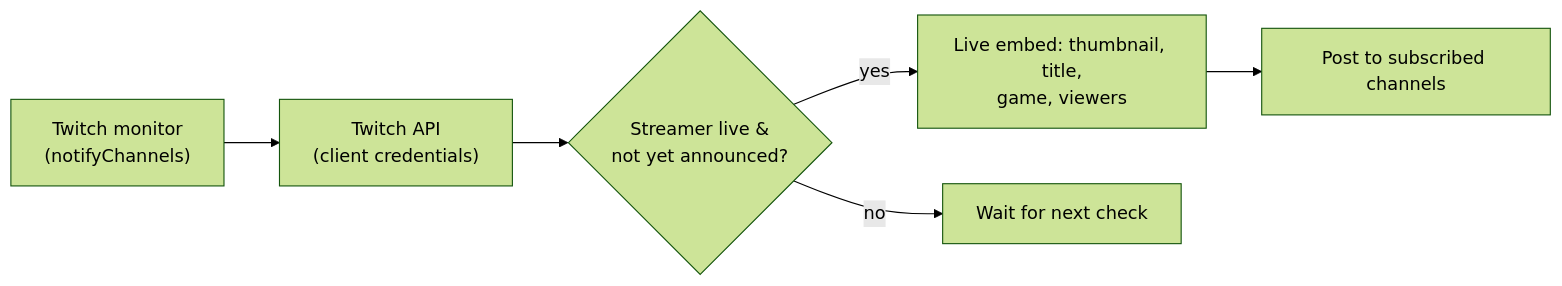
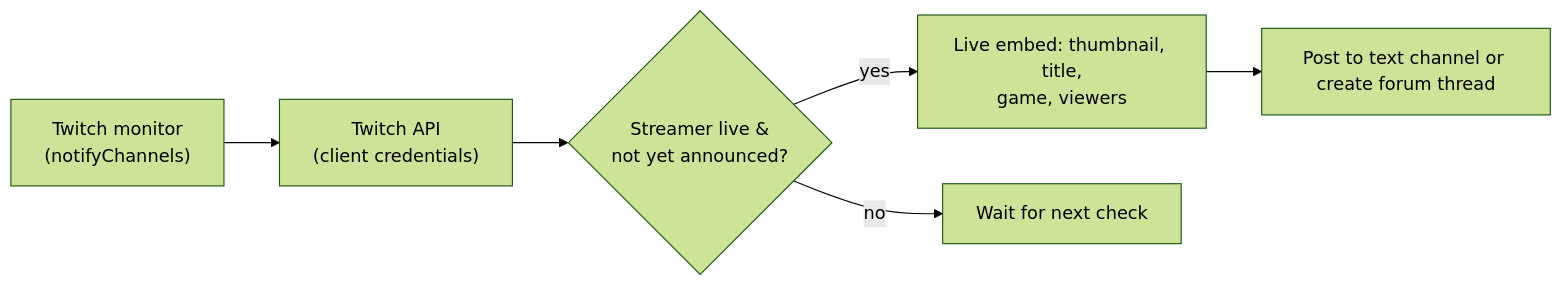
Before and after one commit to PhantomNimbi/Master-Bot: the second of 3 diagrams in wiki/Reminders-and-Twitch.md, drawn with Mermaid (forest theme). The commit also changed other lines of this file and 104 other files, not shown here.

````diff
--- a/wiki/Reminders-and-Twitch.md
+++ b/wiki/Reminders-and-Twitch.md
@@ -63,8 +66,8 @@
 ```mermaid
 flowchart LR
     M["Twitch monitor<br/>(notifyChannels)"] --> API["Twitch API<br/>(client credentials)"]
     API --> S{"Streamer live &<br/>not yet announced?"}
     S -->|yes| E["Live embed: thumbnail, title,<br/>game, viewers"]
-    E --> C["Post to subscribed channels"]
+    E --> C["Post to text channel or create forum thread"]
     S -->|no| W["Wait for next check"]
 ```
````
